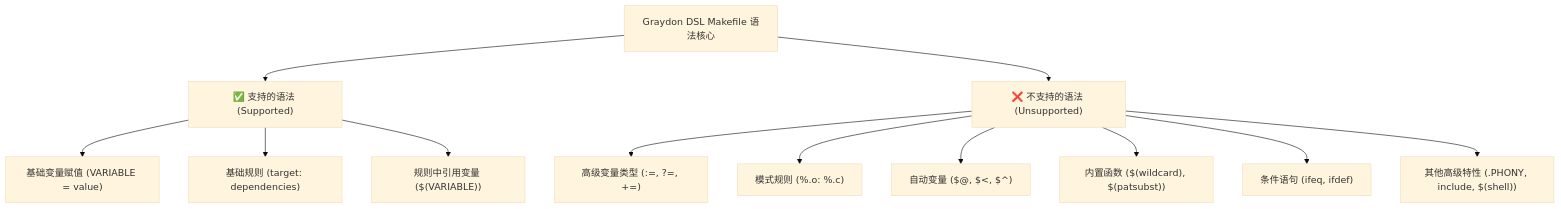
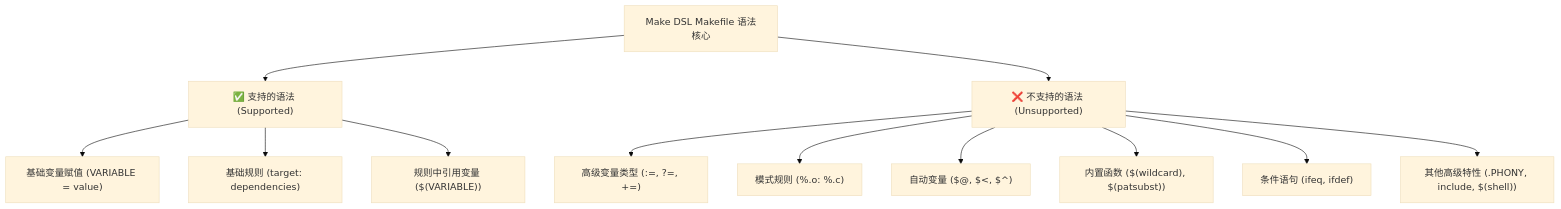
Before and after one commit to aresbit/make_dsl: the diagram in 待支持的语法.md, drawn with Mermaid (base theme). The commit also changed other lines of this file and 4 other files, not shown here.

Commit message:
make dsl fix

````diff
--- a/待支持的语法.md
+++ b/待支持的语法.md
@@ -8,16 +8,16 @@
 ```mermaid
 graph TD
-    A["Graydon DSL Makefile 语法核心"] --> B["✅ 支持的语法 (Supported)"];
+    A["Make DSL Makefile 语法核心"] --> B["✅ 支持的语法 (Supported)"];
     A --> C["❌ 不支持的语法 (Unsupported)"];
 
     B --> B1["基础变量赋值 (VARIABLE = value)"];
     B --> B2["基础规则 (target: dependencies)"];
     B --> B3["规则中引用变量 ($(VARIABLE))"];
 
     C --> C1["高级变量类型 (:=, ?=, +=)"];
     C --> C2["模式规则 (%.o: %.c)"];
     C --> C3["自动变量 ($@, $<, $^)"];
     C --> C4["内置函数 ($(wildcard), $(patsubst))"];
     C --> C5["条件语句 (ifeq, ifdef)"];
     C --> C6["其他高级特性 (.PHONY, include, $(shell))"];
 ```
````
